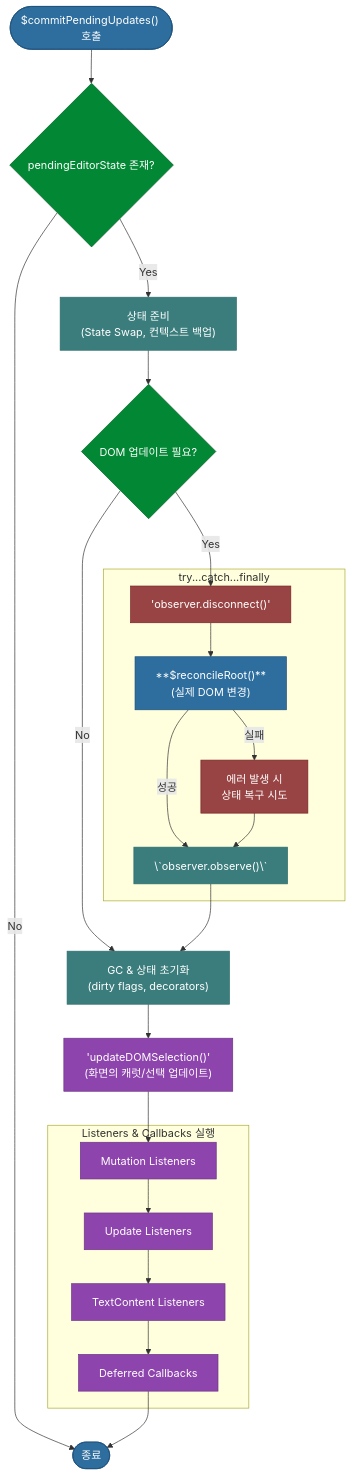
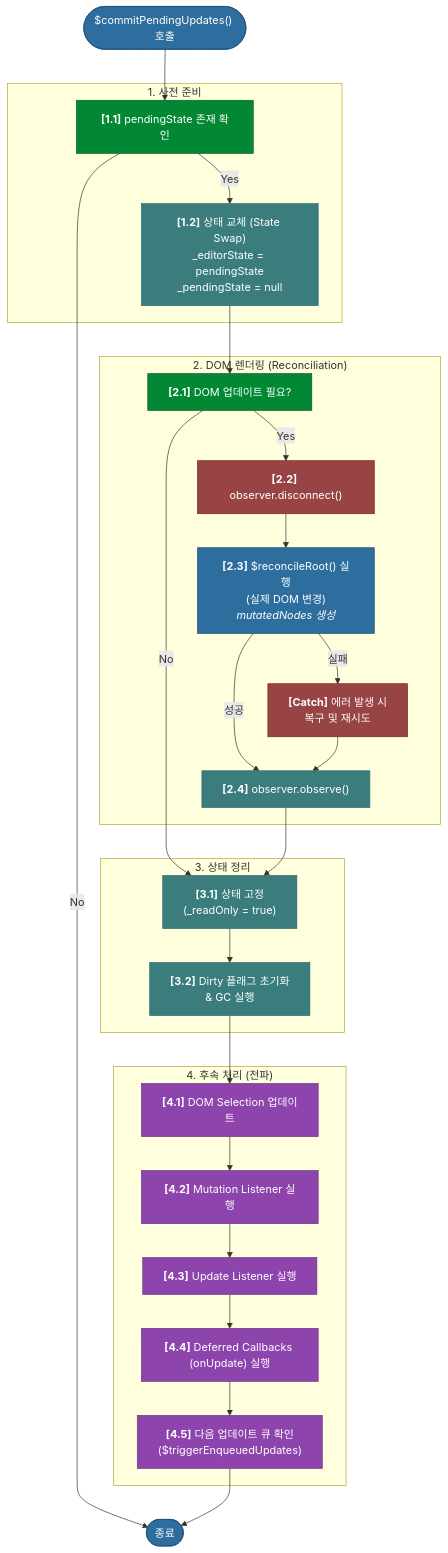
One commit to Doosies/lexical changed the diagram in .cursor/memory_bank/analysis/update_mechanism/04_commit_pending_updates.md. Above: the diagram before and after it, drawn with Mermaid. The commit also changed other lines of this file and 15 other files, not shown here.

````diff
--- a/.cursor/memory_bank/analysis/update_mechanism/04_commit_pending_updates.md
+++ b/.cursor/memory_bank/analysis/update_mechanism/04_commit_pending_updates.md
@@ -114,42 +29,50 @@
 ```mermaid
 graph TD
-    classDef primary fill:#2E6E9E,stroke:#1C4E7A,color:#fff
-    classDef component fill:#3A7D7C,stroke:#2A6D6C,color:#fff
-    classDef decision fill:#028834,stroke:#015F24,color:#fff
-    classDef warning fill:#994444,stroke:#772222,color:#fff
-    classDef io fill:#8E44AD,stroke:#6C3483,color:#fff
+    classDef primary fill:#2E6E9E,stroke:#1C4E7A,color:#fff;
+    classDef component fill:#3A7D7C,stroke:#2A6D6C,color:#fff;
+    classDef decision fill:#028834,stroke:#015F24,color:#fff;
+    classDef warning fill:#994444,stroke:#772222,color:#fff;
+    classDef io fill:#8E44AD,stroke:#6C3483,color:#fff;
 
-    A(["$commitPendingUpdates() 호출"]):::primary
-    B{"pendingEditorState 존재?"}:::decision
-    C["상태 준비<br/>(State Swap, 컨텍스트 백업)"]:::component
-    D{"DOM 업데이트 필요?"}:::decision
+    Start(["$commitPendingUpdates() 호출"]):::primary
     
-    subgraph "try...catch...finally"
-        E["'observer.disconnect()'"]:::warning
-        F["**$reconcileRoot()**<br/>(실제 DOM 변경)"]:::primary
-        G["에러 발생 시<br/>상태 복구 시도"]:::warning
-        H["\`observer.observe()\`"]:::component
+    subgraph "1. 사전 준비"
+        A["<b>[1.1]</b> pendingState 존재 확인"]:::decision
+        B["<b>[1.2]</b> 상태 교체 (State Swap)<br/>_editorState = pendingState<br/>_pendingState = null"]:::component
+    end
+
+    subgraph "2. DOM 렌더링 (Reconciliation)"
+        C["<b>[2.1]</b> DOM 업데이트 필요?"]:::decision
+        D["<b>[2.2]</b> observer.disconnect()"]:::warning
+        E["<b>[2.3]</b> $reconcileRoot() 실행<br/>(실제 DOM 변경)<br/><i>mutatedNodes 생성</i>"]:::primary
+        F["<b>[2.4]</b> observer.observe()"]:::component
+        Err["<b>[Catch]</b> 에러 발생 시<br/>복구 및 재시도"]:::warning
+    end
+
+    subgraph "3. 상태 정리"
+        G["<b>[3.1]</b> 상태 고정<br/>(_readOnly = true)"]:::component
+        H["<b>[3.2]</b> Dirty 플래그 초기화<br/>& GC 실행"]:::component
+    end
+
+    subgraph "4. 후속 처리 (전파)"
+        I["<b>[4.1]</b> DOM Selection 업데이트"]:::io
+        J["<b>[4.2]</b> Mutation Listener 실행"]:::io
+        K["<b>[4.3]</b> Update Listener 실행"]:::io
+        L["<b>[4.4]</b> Deferred Callbacks (onUpdate) 실행"]:::io
+        M["<b>[4.5]</b> 다음 업데이트 큐 확인<br/>($triggerEnqueuedUpdates)"]:::io
     end
     
-    I["GC & 상태 초기화<br/>(dirty flags, decorators)"]:::component
-    J["'updateDOMSelection()'<br/>(화면의 캐럿/선택 업데이트)"]:::io
+    End(["종료"]):::primary
+
+    Start --> A
+    A -- "No" --> End
+    A -- "Yes" --> B
     
-    subgraph "Listeners & Callbacks 실행"
-        K["Mutation Listeners"]:::io
-        L["Update Listeners"]:::io
-        M["TextContent Listeners"]:::io
-        N["Deferred Callbacks"]:::io
-    end
+    B --> C
+    C -- "No" --> G
+    C -- "Yes" --> D --> E
+    E -- "성공" --> F
+    E -- "실패" --> Err --> F
     
-    O(["종료"]):::primary
-
-    A --> B
-    B -- "No" --> O
-    B -- "Yes" --> C
-    C --> D
-    D -- "No" --> I
-    D -- "Yes" --> E --> F
-    F -- "성공" --> H
-    F -- "실패" --> G --> H
-    H --> I --> J --> K --> L --> M --> N --> O
-``` 
+    F --> G --> H --> I --> J --> K --> L --> M --> End
+```
````
